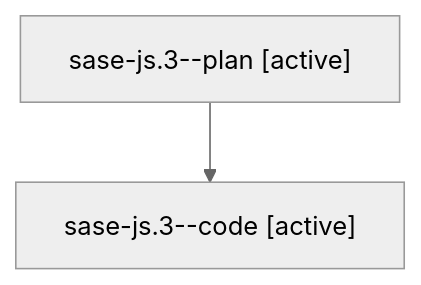
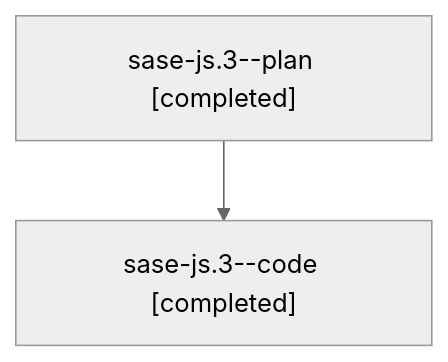
One commit to sase-org/sase--agents changed the diagram in families/bbugyi200.athena.sase-js.3.md. Above: the diagram before and after it, drawn with Mermaid (neutral theme). The commit also changed other lines of this file and 66 other files, not shown here.

````diff
--- a/families/bbugyi200.athena.sase-js.3.md
+++ b/families/bbugyi200.athena.sase-js.3.md
@@ -9,6 +9,6 @@
 ```mermaid
 flowchart TD
-  n0["sase-js.3--plan [active]"]
-  n1["sase-js.3--code [active]"]
+  n0["sase-js.3--plan [completed]"]
+  n1["sase-js.3--code [completed]"]
   n0 --> n1
 ```
````
